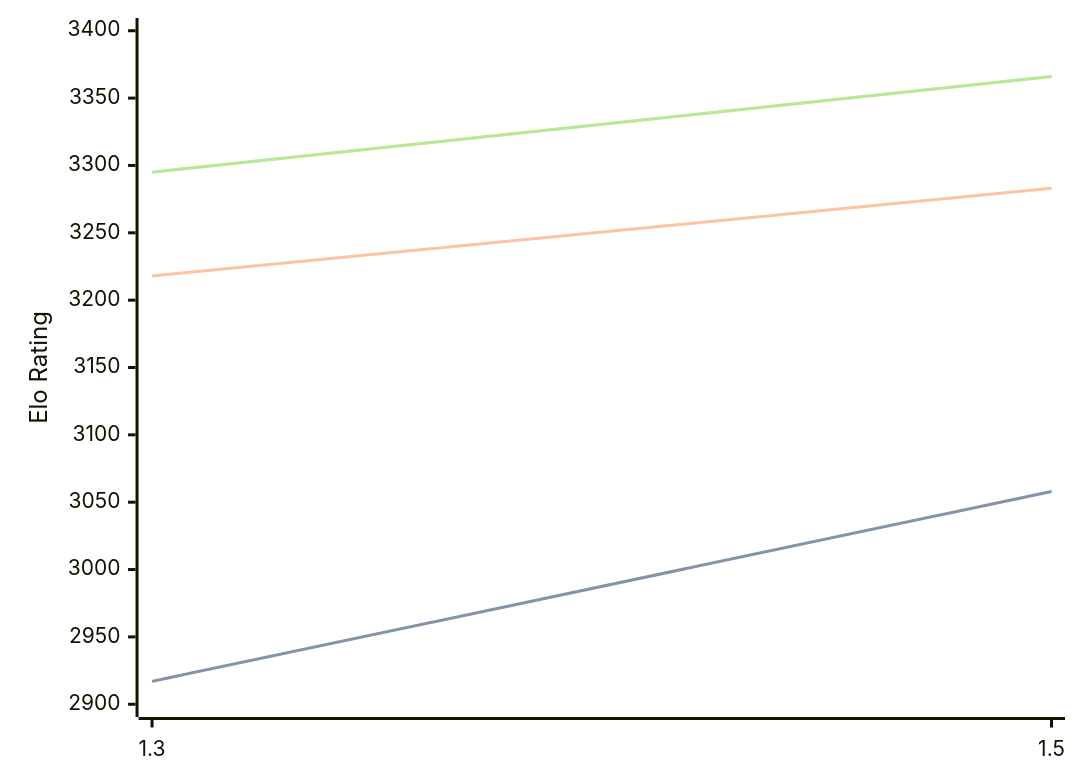
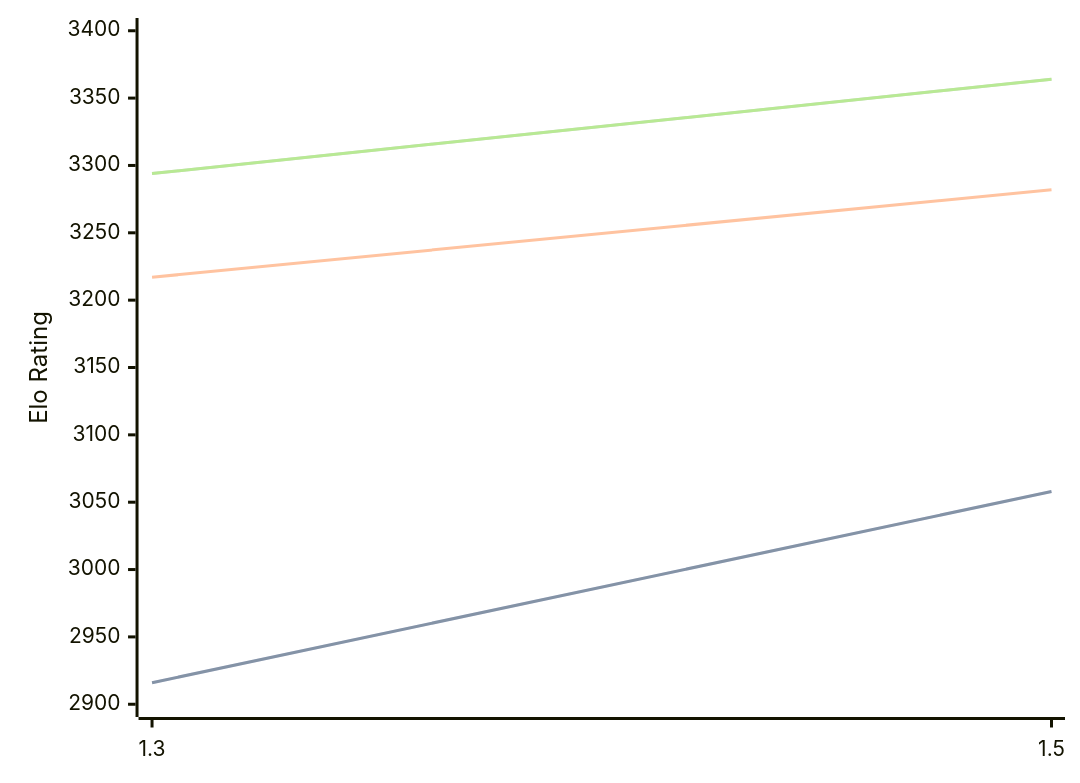
Before and after one commit to computer-chess-index/cci: the diagram in engines/Lambergar.md, drawn with Mermaid. The commit also changed other lines of this file, not shown here.

Commit message:
Update CCI Ratings (ELO VLTC) - 2026-10-01

````diff
--- a/engines/Lambergar.md
+++ b/engines/Lambergar.md
@@ -32,11 +32,11 @@
 ```mermaid
 %%{init: {"theme":"base","themeVariables":{"seriesColors:['#a3a3a3','#222221','#faa371']}}}%%
 xychart-beta
   x-axis ["1.3", "1.5"]
   y-axis "Elo Rating" 2900 --> 3400
-  line "" [2917, 3058]
-  line "STC (8.0+0.08s)" [2917, 3058]
-  line "LTC (60.0+0.60s)" [3218, 3283]
-  line "" [3295, 3366]
-  line "VLTC (2m24s+1.12s)" [3295, 3366]
+  line "" [2916, 3058]
+  line "STC (8.0+0.08s)" [2916, 3058]
+  line "LTC (60.0+0.60s)" [3217, 3282]
+  line "" [3294, 3364]
+  line "VLTC (2m24s+1.12s)" [3294, 3364]
 ```
````
